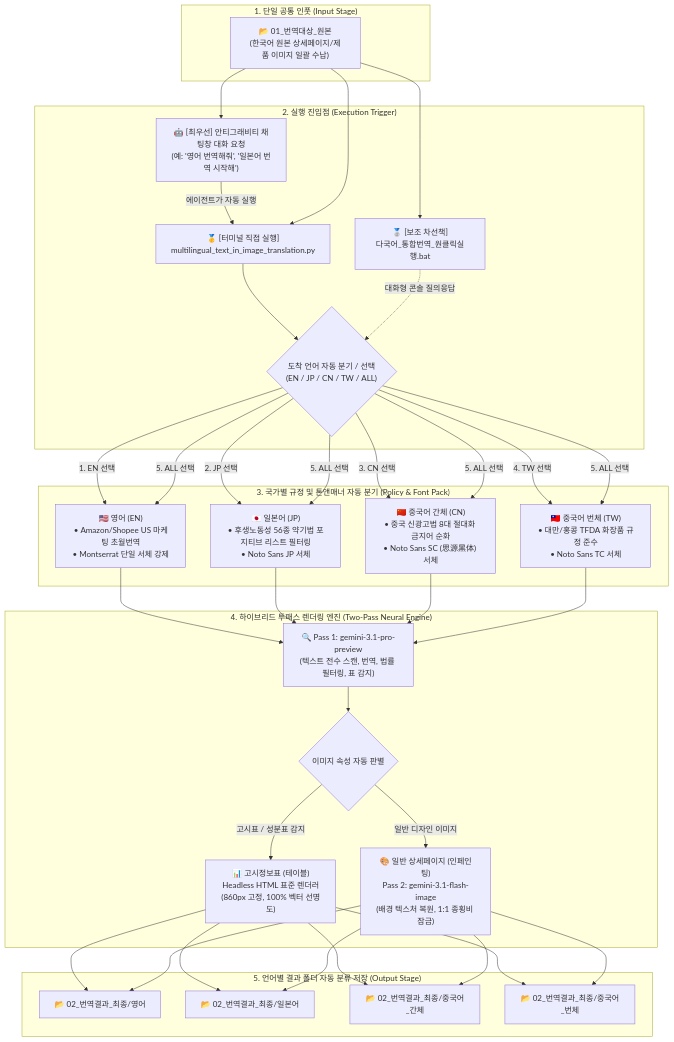
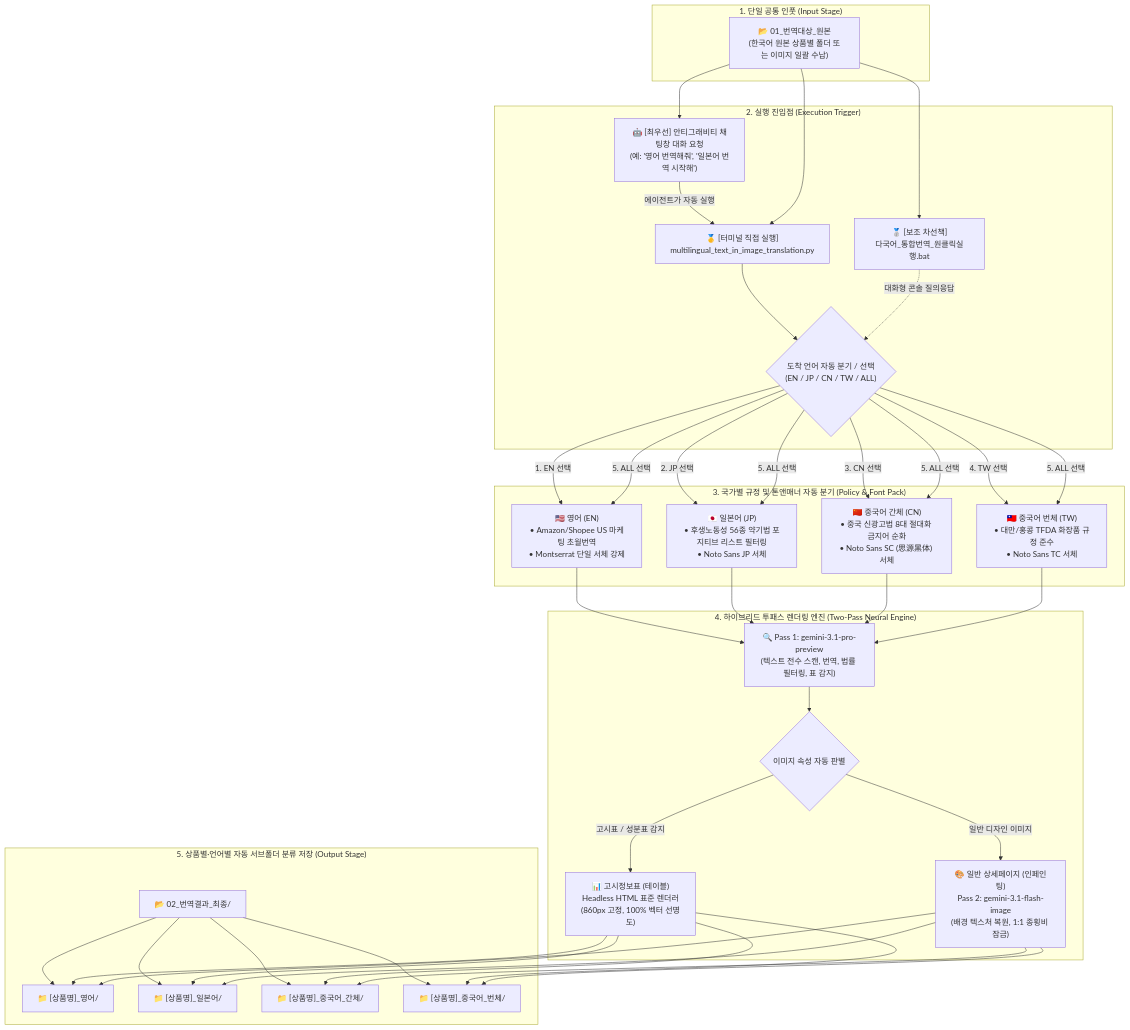
The diagram in multilingual_text_in_image_translation/워크플로우_차트_다이어그램.md (euntaewoo/PANDORA), drawn with Mermaid before and after one commit. The commit also changed other lines of this file and 3 other files, not shown here.

````diff
--- a/multilingual_text_in_image_translation/워크플로우_차트_다이어그램.md
+++ b/multilingual_text_in_image_translation/워크플로우_차트_다이어그램.md
@@ -9,52 +9,55 @@
 ```mermaid
 flowchart TD
     subgraph S1["1. 단일 공통 인풋 (Input Stage)"]
-        IN["📂 01_번역대상_원본<br/>(한국어 원본 상세페이지/제품 이미지 일괄 수납)"]
+        IN["📂 01_번역대상_원본<br/>(한국어 원본 상품별 폴더 또는 이미지 일괄 수납)"]
     end
 
     subgraph S2["2. 실행 진입점 (Execution Trigger)"]
         AGENT["🤖 [최우선] 안티그래비티 채팅창 대화 요청<br/>(예: '영어 번역해줘', '일본어 번역 시작해')"]
         P_MAIN["🥇 [터미널 직접 실행]<br/>multilingual_text_in_image_translation.py"]
         BAT_SUB["🥈 [보조 차선책]<br/>다국어_통합번역_원클릭실행.bat"]
         
         AGENT -->|에이전트가 자동 실행| P_MAIN
         P_MAIN --> PROMPT{"도착 언어 자동 분기 / 선택<br/>(EN / JP / CN / TW / ALL)"}
         BAT_SUB -.->|대화형 콘솔 질의응답| PROMPT
     end
 
     subgraph S3["3. 국가별 규정 및 톤앤매너 자동 분기 (Policy & Font Pack)"]
         EN["🇺🇸 영어 (EN)<br/>• Amazon/Shopee US 마케팅 초월번역<br/>• Montserrat 단일 서체 강제"]
         JP["🇯🇵 일본어 (JP)<br/>• 후생노동성 56종 약기법 포지티브 리스트 필터링<br/>• Noto Sans JP 서체"]
         CN["🇨🇳 중국어 간체 (CN)<br/>• 중국 신광고법 8대 절대화 금지어 순화<br/>• Noto Sans SC (思源黑体) 서체"]
         TW["🇹🇼 중국어 번체 (TW)<br/>• 대만/홍콩 TFDA 화장품 규정 준수<br/>• Noto Sans TC 서체"]
     end
 
     subgraph S4["4. 하이브리드 투패스 렌더링 엔진 (Two-Pass Neural Engine)"]
         P1["🔍 Pass 1: gemini-3.1-pro-preview<br/>(텍스트 전수 스캔, 번역, 법률 필터링, 표 감지)"]
         DECIDE{"이미지 속성 자동 판별"}
         
         HTML["📊 고시정보표 (테이블)<br/>Headless HTML 표준 렌더러<br/>(860px 고정, 100% 벡터 선명도)"]
         P2["🎨 일반 상세페이지 (인페인팅)<br/>Pass 2: gemini-3.1-flash-image<br/>(배경 텍스처 복원, 1:1 종횡비 잠금)"]
         
         P1 --> DECIDE
         DECIDE -->|고시표 / 성분표 감지| HTML
         DECIDE -->|일반 디자인 이미지| P2
     end
 
-    subgraph S5["5. 언어별 결과 폴더 자동 분류 저장 (Output Stage)"]
-        OUT_EN["📂 02_번역결과_최종/영어"]
-        OUT_JP["📂 02_번역결과_최종/일본어"]
-        OUT_CN["📂 02_번역결과_최종/중국어_간체"]
-        OUT_TW["📂 02_번역결과_최종/중국어_번체"]
+    subgraph S5["5. 상품별·언어별 자동 서브폴더 분류 저장 (Output Stage)"]
+        OUT["📂 02_번역결과_최종/"]
+        OUT1["📁 [상품명]_영어/"]
+        OUT2["📁 [상품명]_일본어/"]
+        OUT3["📁 [상품명]_중국어_간체/"]
+        OUT4["📁 [상품명]_중국어_번체/"]
+        
+        OUT --> OUT1 & OUT2 & OUT3 & OUT4
     end
 
     IN --> AGENT & P_MAIN & BAT_SUB
     PROMPT -->|1. EN 선택| EN
     PROMPT -->|2. JP 선택| JP
     PROMPT -->|3. CN 선택| CN
     PROMPT -->|4. TW 선택| TW
     PROMPT -->|5. ALL 선택| EN & JP & CN & TW
 
     EN & JP & CN & TW --> P1
-    HTML & P2 --> OUT_EN & OUT_JP & OUT_CN & OUT_TW
+    HTML & P2 --> OUT1 & OUT2 & OUT3 & OUT4
 ```
````
